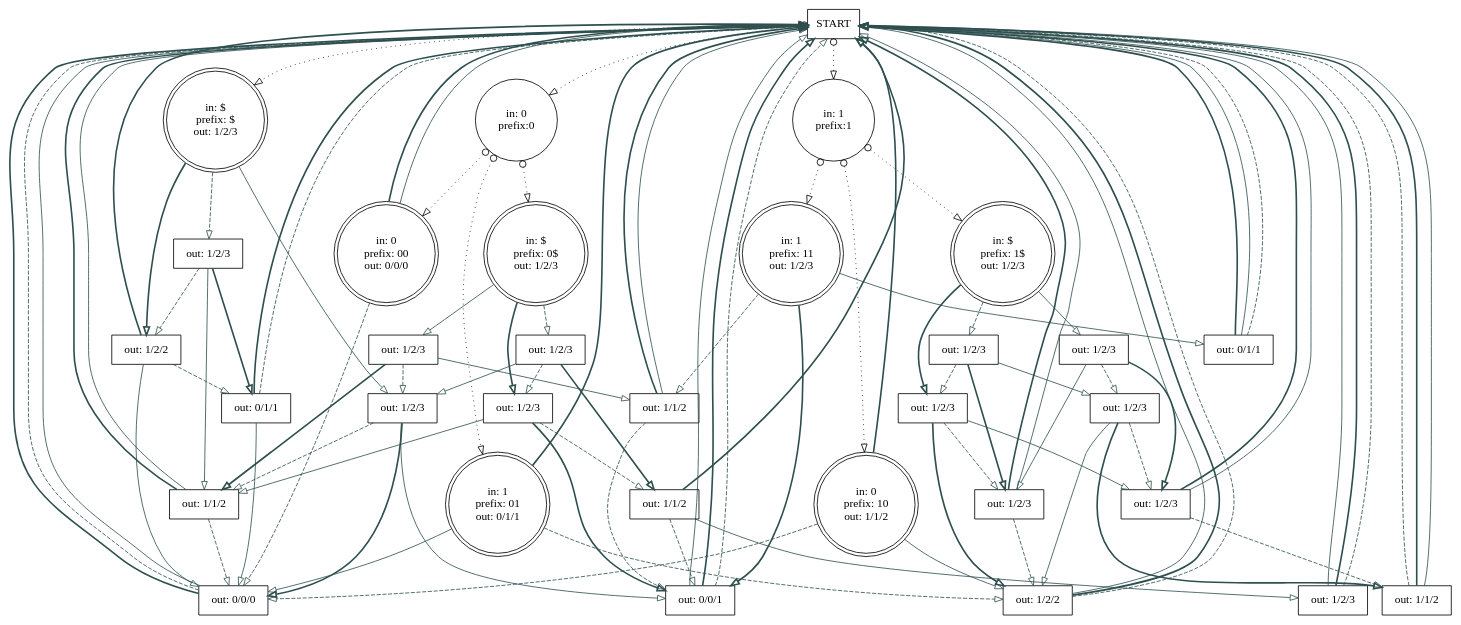
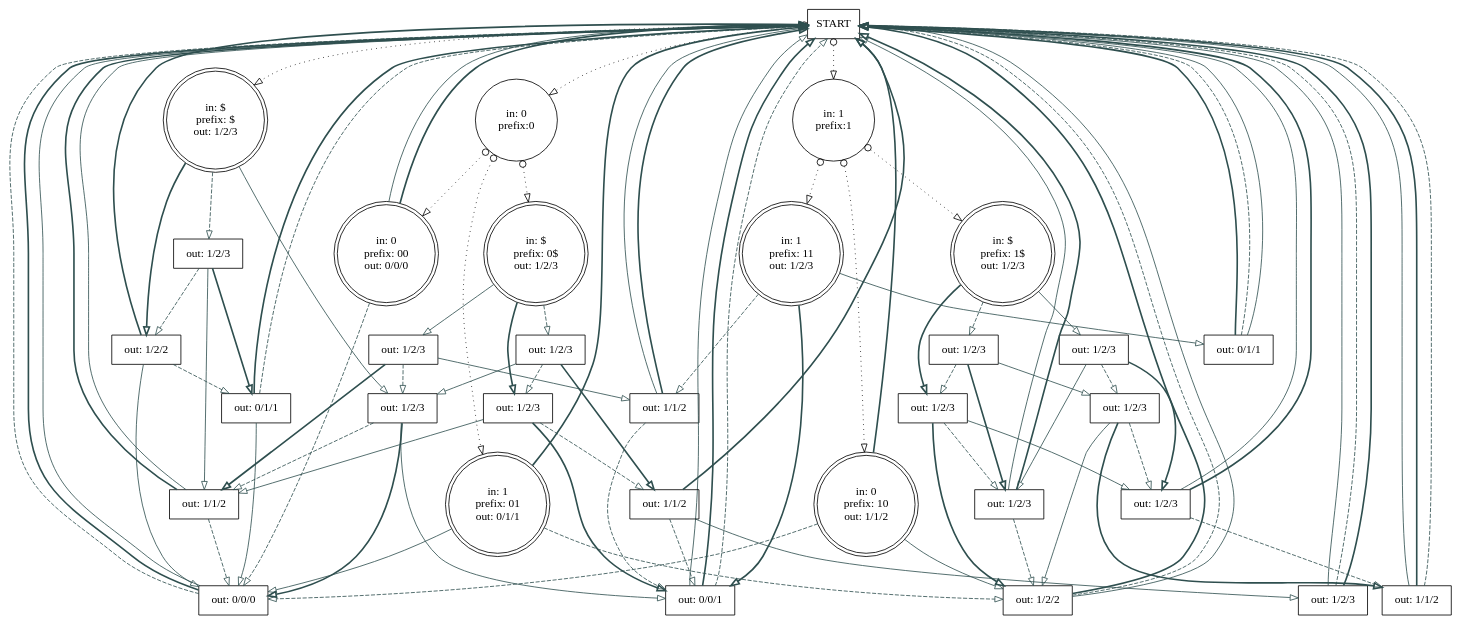
The diagram in doc/eof2.dot (ihh/dnastore), drawn with Graphviz before and after one commit. The commit also changed other lines of this file and 2 other files, not shown here.

```diff
--- a/doc/eof2.dot
+++ b/doc/eof2.dot
@@ -1,130 +1,130 @@
 digraph G {
  S [style=solid;shape=box;label="START"];
  P0 [style=solid;shape=circle;label="in: 0\nprefix:0"];
  P1 [style=solid;shape=circle;label="in: 1\nprefix:1"];
  Wx [style=solid;shape=doublecircle;label="in: $\nprefix: $\nout: 1/2/3"];
  W00 [style=solid;shape=doublecircle;label="in: 0\nprefix: 00\nout: 0/0/0"];
  W01 [style=solid;shape=doublecircle;label="in: 1\nprefix: 01\nout: 0/1/1"];
  W0x [style=solid;shape=doublecircle;label="in: $\nprefix: 0$\nout: 1/2/3"];
  W10 [style=solid;shape=doublecircle;label="in: 0\nprefix: 10\nout: 1/1/2"];
  W11 [style=solid;shape=doublecircle;label="in: 1\nprefix: 11\nout: 1/2/3"];
  W1x [style=solid;shape=doublecircle;label="in: $\nprefix: 1$\nout: 1/2/3"];
  C1 [style=solid;shape=box;label="out: 0/0/0"];
  C2 [style=solid;shape=box;label="out: 1/2/2"];
  C3 [style=solid;shape=box;label="out: 1/1/2"];
  C4 [style=solid;shape=box;label="out: 0/1/1"];
  C5 [style=solid;shape=box;label="out: 0/0/1"];
  C6 [style=solid;shape=box;label="out: 1/2/3"];
  C7 [style=solid;shape=box;label="out: 1/2/3"];
  C8 [style=solid;shape=box;label="out: 1/2/2"];
  C9 [style=solid;shape=box;label="out: 1/1/2"];
  C10 [style=solid;shape=box;label="out: 0/1/1"];
  C11 [style=solid;shape=box;label="out: 1/2/3"];
  C12 [style=solid;shape=box;label="out: 1/2/3"];
  C13 [style=solid;shape=box;label="out: 1/2/3"];
  C14 [style=solid;shape=box;label="out: 1/1/2"];
  C15 [style=solid;shape=box;label="out: 1/2/3"];
  C16 [style=solid;shape=box;label="out: 1/2/3"];
  C17 [style=solid;shape=box;label="out: 1/2/3"];
  C18 [style=solid;shape=box;label="out: 1/2/3"];
  C19 [style=solid;shape=box;label="out: 1/2/3"];
  C20 [style=solid;shape=box;label="out: 1/2/3"];
  C21 [style=solid;shape=box;label="out: 1/2/3"];
  C22 [style=solid;shape=box;label="out: 1/1/2"];
+ S -> P0 [style=dotted;color=black;dir=both;arrowtail=odot;arrowhead=empty;];
+ S -> P1 [style=dotted;color=black;dir=both;arrowtail=odot;arrowhead=empty;];
  S -> Wx [style=dotted;color=black;dir=both;arrowtail=odot;arrowhead=empty;];
- S -> P1 [style=dotted;color=black;dir=both;arrowtail=odot;arrowhead=empty;];
- S -> P0 [style=dotted;color=black;dir=both;arrowtail=odot;arrowhead=empty;];
+ P0 -> W0x [style=dotted;color=black;dir=both;arrowtail=odot;arrowhead=empty;];
+ P0 -> W01 [style=dotted;color=black;dir=both;arrowtail=odot;arrowhead=empty;];
  P0 -> W00 [style=dotted;color=black;dir=both;arrowtail=odot;arrowhead=empty;];
- P0 -> W01 [style=dotted;color=black;dir=both;arrowtail=odot;arrowhead=empty;];
- P0 -> W0x [style=dotted;color=black;dir=both;arrowtail=odot;arrowhead=empty;];
- P1 -> W1x [style=dotted;color=black;dir=both;arrowtail=odot;arrowhead=empty;];
  P1 -> W10 [style=dotted;color=black;dir=both;arrowtail=odot;arrowhead=empty;];
  P1 -> W11 [style=dotted;color=black;dir=both;arrowtail=odot;arrowhead=empty;];
+ P1 -> W1x [style=dotted;color=black;dir=both;arrowtail=odot;arrowhead=empty;];
  Wx -> C8 [style=bold;color=darkslategray;arrowhead=empty;];
  Wx -> C6 [style=dashed;color=darkslategray;arrowhead=empty;];
  Wx -> C7 [style=solid;color=darkslategray;arrowhead=empty;];
+ W00 -> S [style=solid;color=darkslategray;arrowhead=empty;];
  W00 -> C1 [style=dashed;color=darkslategray;arrowhead=empty;];
  W00 -> S [style=bold;color=darkslategray;arrowhead=empty;];
- W00 -> S [style=solid;color=darkslategray;arrowhead=empty;];
  W01 -> C1 [style=solid;color=darkslategray;arrowhead=empty;];
+ W01 -> C2 [style=dashed;color=darkslategray;arrowhead=empty;];
  W01 -> S [style=bold;color=darkslategray;arrowhead=empty;];
- W01 -> C2 [style=dashed;color=darkslategray;arrowhead=empty;];
+ W0x -> C13 [style=bold;color=darkslategray;arrowhead=empty;];
  W0x -> C12 [style=solid;color=darkslategray;arrowhead=empty;];
  W0x -> C11 [style=dashed;color=darkslategray;arrowhead=empty;];
- W0x -> C13 [style=bold;color=darkslategray;arrowhead=empty;];
+ W10 -> C1 [style=dashed;color=darkslategray;arrowhead=empty;];
+ W10 -> S [style=bold;color=darkslategray;arrowhead=empty;];
  W10 -> C2 [style=solid;color=darkslategray;arrowhead=empty;];
- W10 -> S [style=bold;color=darkslategray;arrowhead=empty;];
- W10 -> C1 [style=dashed;color=darkslategray;arrowhead=empty;];
+ W11 -> C5 [style=bold;color=darkslategray;arrowhead=empty;];
  W11 -> C3 [style=dashed;color=darkslategray;arrowhead=empty;];
- W11 -> C5 [style=bold;color=darkslategray;arrowhead=empty;];
  W11 -> C4 [style=solid;color=darkslategray;arrowhead=empty;];
- W1x -> C16 [style=dashed;color=darkslategray;arrowhead=empty;];
  W1x -> C18 [style=bold;color=darkslategray;arrowhead=empty;];
  W1x -> C17 [style=solid;color=darkslategray;arrowhead=empty;];
+ W1x -> C16 [style=dashed;color=darkslategray;arrowhead=empty;];
+ C1 -> S [style=dashed;color=darkslategray;arrowhead=empty;];
  C1 -> S [style=bold;color=darkslategray;arrowhead=empty;];
- C1 -> S [style=dashed;color=darkslategray;arrowhead=empty;];
  C1 -> S [style=solid;color=darkslategray;arrowhead=empty;];
- C2 -> S [style=solid;color=darkslategray;arrowhead=empty;];
  C2 -> S [style=bold;color=darkslategray;arrowhead=empty;];
  C2 -> S [style=dashed;color=darkslategray;arrowhead=empty;];
+ C2 -> S [style=solid;color=darkslategray;arrowhead=empty;];
+ C3 -> S [style=solid;color=darkslategray;arrowhead=empty;];
  C3 -> S [style=bold;color=darkslategray;arrowhead=empty;];
- C3 -> S [style=solid;color=darkslategray;arrowhead=empty;];
  C3 -> C5 [style=dashed;color=darkslategray;arrowhead=empty;];
  C4 -> S [style=bold;color=darkslategray;arrowhead=empty;];
+ C4 -> S [style=dashed;color=darkslategray;arrowhead=empty;];
  C4 -> S [style=solid;color=darkslategray;arrowhead=empty;];
- C4 -> S [style=dashed;color=darkslategray;arrowhead=empty;];
  C5 -> S [style=solid;color=darkslategray;arrowhead=empty;];
  C5 -> S [style=bold;color=darkslategray;arrowhead=empty;];
  C5 -> S [style=dashed;color=darkslategray;arrowhead=empty;];
  C6 -> C10 [style=bold;color=darkslategray;arrowhead=empty;];
+ C6 -> C9 [style=solid;color=darkslategray;arrowhead=empty;];
  C6 -> C8 [style=dashed;color=darkslategray;arrowhead=empty;];
- C6 -> C9 [style=solid;color=darkslategray;arrowhead=empty;];
  C7 -> C5 [style=solid;color=darkslategray;arrowhead=empty;];
+ C7 -> C9 [style=dashed;color=darkslategray;arrowhead=empty;];
  C7 -> C1 [style=bold;color=darkslategray;arrowhead=empty;];
- C7 -> C9 [style=dashed;color=darkslategray;arrowhead=empty;];
  C8 -> C10 [style=dashed;color=darkslategray;arrowhead=empty;];
  C8 -> S [style=bold;color=darkslategray;arrowhead=empty;];
  C8 -> C1 [style=solid;color=darkslategray;arrowhead=empty;];
+ C9 -> S [style=bold;color=darkslategray;arrowhead=empty;];
  C9 -> C1 [style=dashed;color=darkslategray;arrowhead=empty;];
- C9 -> S [style=bold;color=darkslategray;arrowhead=empty;];
  C9 -> S [style=solid;color=darkslategray;arrowhead=empty;];
  C10 -> C1 [style=solid;color=darkslategray;arrowhead=empty;];
  C10 -> S [style=bold;color=darkslategray;arrowhead=empty;];
  C10 -> S [style=dashed;color=darkslategray;arrowhead=empty;];
- C11 -> C14 [style=bold;color=darkslategray;arrowhead=empty;];
  C11 -> C13 [style=dashed;color=darkslategray;arrowhead=empty;];
  C11 -> C7 [style=solid;color=darkslategray;arrowhead=empty;];
+ C11 -> C14 [style=bold;color=darkslategray;arrowhead=empty;];
+ C12 -> C9 [style=bold;color=darkslategray;arrowhead=empty;];
  C12 -> C3 [style=solid;color=darkslategray;arrowhead=empty;];
- C12 -> C9 [style=bold;color=darkslategray;arrowhead=empty;];
  C12 -> C7 [style=dashed;color=darkslategray;arrowhead=empty;];
  C13 -> C5 [style=bold;color=darkslategray;arrowhead=empty;];
  C13 -> C14 [style=dashed;color=darkslategray;arrowhead=empty;];
  C13 -> C9 [style=solid;color=darkslategray;arrowhead=empty;];
+ C14 -> C5 [style=dashed;color=darkslategray;arrowhead=empty;];
  C14 -> S [style=bold;color=darkslategray;arrowhead=empty;];
  C14 -> C15 [style=solid;color=darkslategray;arrowhead=empty;];
- C14 -> C5 [style=dashed;color=darkslategray;arrowhead=empty;];
  C15 -> S [style=solid;color=darkslategray;arrowhead=empty;];
+ C15 -> S [style=dashed;color=darkslategray;arrowhead=empty;];
  C15 -> S [style=bold;color=darkslategray;arrowhead=empty;];
- C15 -> S [style=dashed;color=darkslategray;arrowhead=empty;];
+ C16 -> C19 [style=solid;color=darkslategray;arrowhead=empty;];
+ C16 -> C18 [style=dashed;color=darkslategray;arrowhead=empty;];
  C16 -> C20 [style=bold;color=darkslategray;arrowhead=empty;];
- C16 -> C18 [style=dashed;color=darkslategray;arrowhead=empty;];
- C16 -> C19 [style=solid;color=darkslategray;arrowhead=empty;];
+ C17 -> C20 [style=solid;color=darkslategray;arrowhead=empty;];
  C17 -> C19 [style=dashed;color=darkslategray;arrowhead=empty;];
  C17 -> C21 [style=bold;color=darkslategray;arrowhead=empty;];
- C17 -> C20 [style=solid;color=darkslategray;arrowhead=empty;];
+ C18 -> C20 [style=dashed;color=darkslategray;arrowhead=empty;];
  C18 -> C21 [style=solid;color=darkslategray;arrowhead=empty;];
- C18 -> C20 [style=dashed;color=darkslategray;arrowhead=empty;];
  C18 -> C2 [style=bold;color=darkslategray;arrowhead=empty;];
  C19 -> C22 [style=bold;color=darkslategray;arrowhead=empty;];
+ C19 -> C2 [style=solid;color=darkslategray;arrowhead=empty;];
  C19 -> C21 [style=dashed;color=darkslategray;arrowhead=empty;];
- C19 -> C2 [style=solid;color=darkslategray;arrowhead=empty;];
  C20 -> C2 [style=dashed;color=darkslategray;arrowhead=empty;];
+ C20 -> S [style=solid;color=darkslategray;arrowhead=empty;];
  C20 -> S [style=bold;color=darkslategray;arrowhead=empty;];
- C20 -> S [style=solid;color=darkslategray;arrowhead=empty;];
+ C21 -> S [style=solid;color=darkslategray;arrowhead=empty;];
+ C21 -> C22 [style=dashed;color=darkslategray;arrowhead=empty;];
  C21 -> S [style=bold;color=darkslategray;arrowhead=empty;];
- C21 -> C22 [style=dashed;color=darkslategray;arrowhead=empty;];
- C21 -> S [style=solid;color=darkslategray;arrowhead=empty;];
+ C22 -> S [style=solid;color=darkslategray;arrowhead=empty;];
+ C22 -> S [style=bold;color=darkslategray;arrowhead=empty;];
  C22 -> S [style=dashed;color=darkslategray;arrowhead=empty;];
- C22 -> S [style=bold;color=darkslategray;arrowhead=empty;];
- C22 -> S [style=solid;color=darkslategray;arrowhead=empty;];
 }
```
